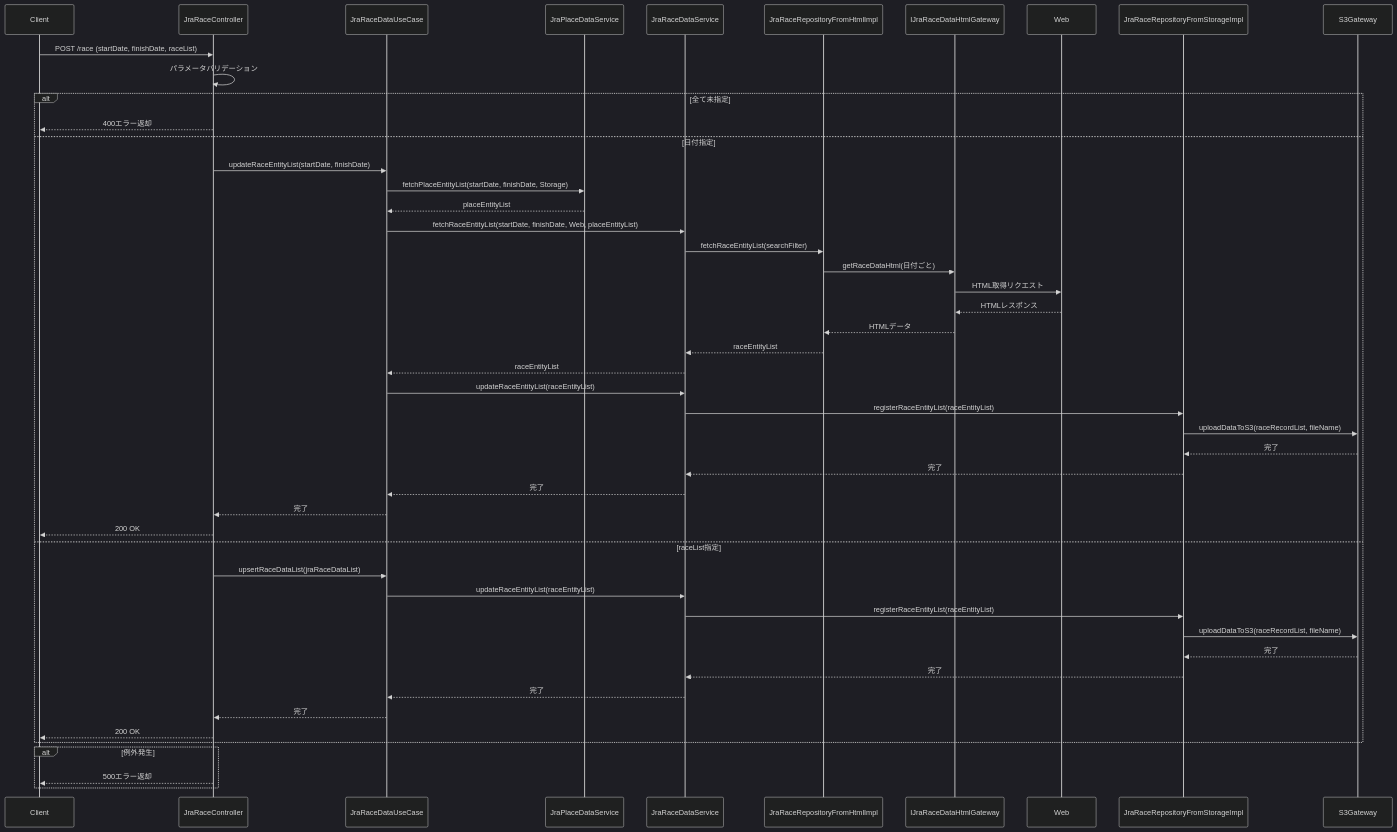
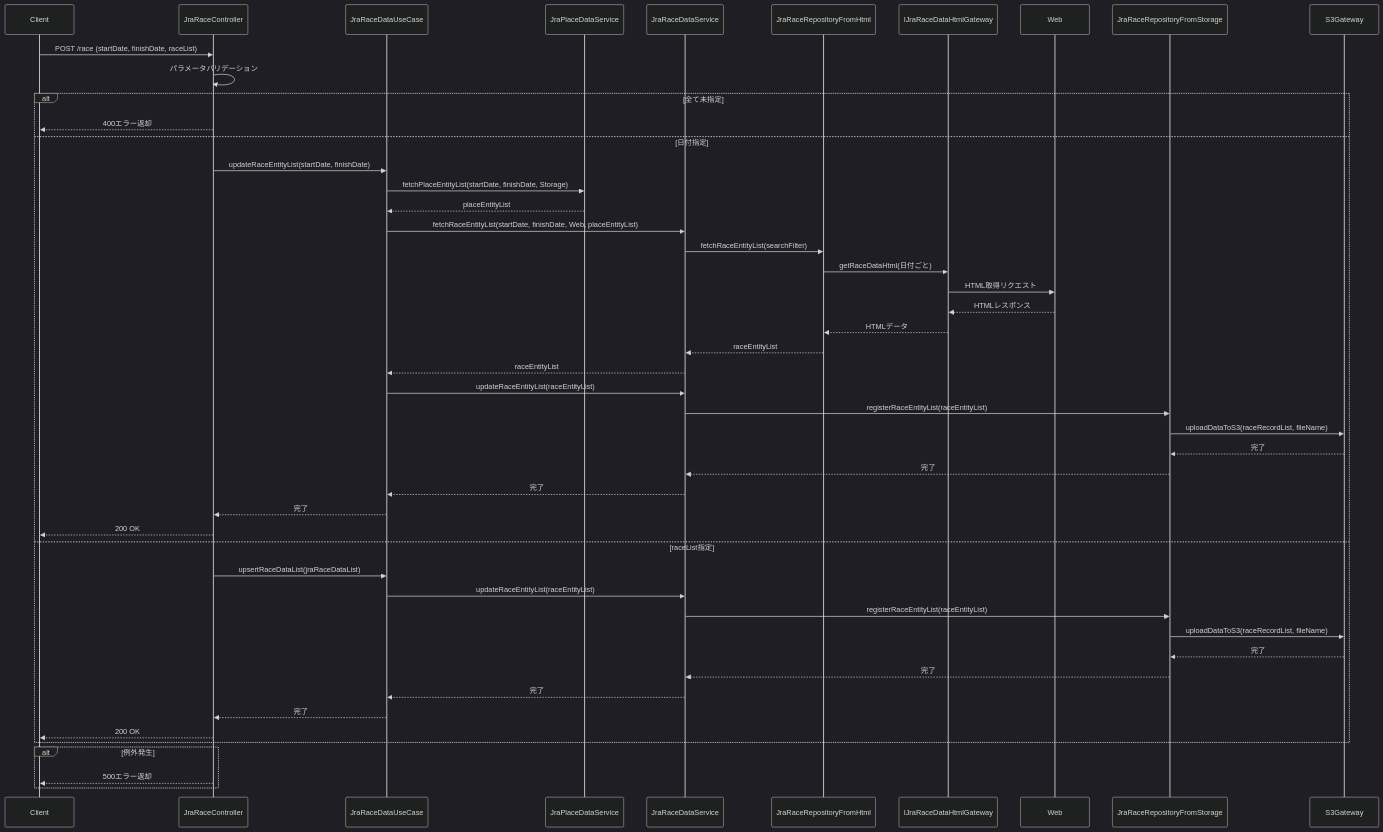
One commit to taichi6930/race-schedule-api changed the diagram in document/detail-design/sequence/jra/updateRaceDataList.md. Above: the diagram before and after it, drawn with Mermaid (dark theme). The commit also changed 89 other files, not shown here.

````diff
--- a/document/detail-design/sequence/jra/updateRaceDataList.md
+++ b/document/detail-design/sequence/jra/updateRaceDataList.md
@@ -3,52 +3,52 @@
 ```mermaid
 sequenceDiagram
     participant Client
     participant JraRaceController
     participant JraRaceDataUseCase
     participant JraPlaceDataService
     participant JraRaceDataService
-    participant JraRaceRepositoryFromHtmlImpl
+    participant JraRaceRepositoryFromHtml
     participant IJraRaceDataHtmlGateway
     participant Web
-    participant JraRaceRepositoryFromStorageImpl
+    participant JraRaceRepositoryFromStorage
     participant S3Gateway
 
     Client->>JraRaceController: POST /race (startDate, finishDate, raceList)
     JraRaceController->>JraRaceController: パラメータバリデーション
     alt 全て未指定
         JraRaceController-->>Client: 400エラー返却
     else 日付指定
         JraRaceController->>JraRaceDataUseCase: updateRaceEntityList(startDate, finishDate)
         JraRaceDataUseCase->>JraPlaceDataService: fetchPlaceEntityList(startDate, finishDate, Storage)
         JraPlaceDataService-->>JraRaceDataUseCase: placeEntityList
         JraRaceDataUseCase->>JraRaceDataService: fetchRaceEntityList(startDate, finishDate, Web, placeEntityList)
-        JraRaceDataService->>JraRaceRepositoryFromHtmlImpl: fetchRaceEntityList(searchFilter)
-        JraRaceRepositoryFromHtmlImpl->>IJraRaceDataHtmlGateway: getRaceDataHtml(日付ごと)
+        JraRaceDataService->>JraRaceRepositoryFromHtml: fetchRaceEntityList(searchFilter)
+        JraRaceRepositoryFromHtml->>IJraRaceDataHtmlGateway: getRaceDataHtml(日付ごと)
         IJraRaceDataHtmlGateway->>Web: HTML取得リクエスト
         Web-->>IJraRaceDataHtmlGateway: HTMLレスポンス
-        IJraRaceDataHtmlGateway-->>JraRaceRepositoryFromHtmlImpl: HTMLデータ
-        JraRaceRepositoryFromHtmlImpl-->>JraRaceDataService: raceEntityList
+        IJraRaceDataHtmlGateway-->>JraRaceRepositoryFromHtml: HTMLデータ
+        JraRaceRepositoryFromHtml-->>JraRaceDataService: raceEntityList
         JraRaceDataService-->>JraRaceDataUseCase: raceEntityList
         JraRaceDataUseCase->>JraRaceDataService: updateRaceEntityList(raceEntityList)
-        JraRaceDataService->>JraRaceRepositoryFromStorageImpl: registerRaceEntityList(raceEntityList)
-        JraRaceRepositoryFromStorageImpl->>S3Gateway: uploadDataToS3(raceRecordList, fileName)
-        S3Gateway-->>JraRaceRepositoryFromStorageImpl: 完了
-        JraRaceRepositoryFromStorageImpl-->>JraRaceDataService: 完了
+        JraRaceDataService->>JraRaceRepositoryFromStorage: registerRaceEntityList(raceEntityList)
+        JraRaceRepositoryFromStorage->>S3Gateway: uploadDataToS3(raceRecordList, fileName)
+        S3Gateway-->>JraRaceRepositoryFromStorage: 完了
+        JraRaceRepositoryFromStorage-->>JraRaceDataService: 完了
         JraRaceDataService-->>JraRaceDataUseCase: 完了
         JraRaceDataUseCase-->>JraRaceController: 完了
         JraRaceController-->>Client: 200 OK
     else raceList指定
         JraRaceController->>JraRaceDataUseCase: upsertRaceDataList(jraRaceDataList)
         JraRaceDataUseCase->>JraRaceDataService: updateRaceEntityList(raceEntityList)
-        JraRaceDataService->>JraRaceRepositoryFromStorageImpl: registerRaceEntityList(raceEntityList)
-        JraRaceRepositoryFromStorageImpl->>S3Gateway: uploadDataToS3(raceRecordList, fileName)
-        S3Gateway-->>JraRaceRepositoryFromStorageImpl: 完了
-        JraRaceRepositoryFromStorageImpl-->>JraRaceDataService: 完了
+        JraRaceDataService->>JraRaceRepositoryFromStorage: registerRaceEntityList(raceEntityList)
+        JraRaceRepositoryFromStorage->>S3Gateway: uploadDataToS3(raceRecordList, fileName)
+        S3Gateway-->>JraRaceRepositoryFromStorage: 完了
+        JraRaceRepositoryFromStorage-->>JraRaceDataService: 完了
         JraRaceDataService-->>JraRaceDataUseCase: 完了
         JraRaceDataUseCase-->>JraRaceController: 完了
         JraRaceController-->>Client: 200 OK
     end
     alt 例外発生
         JraRaceController-->>Client: 500エラー返却
     end
 ```
````
